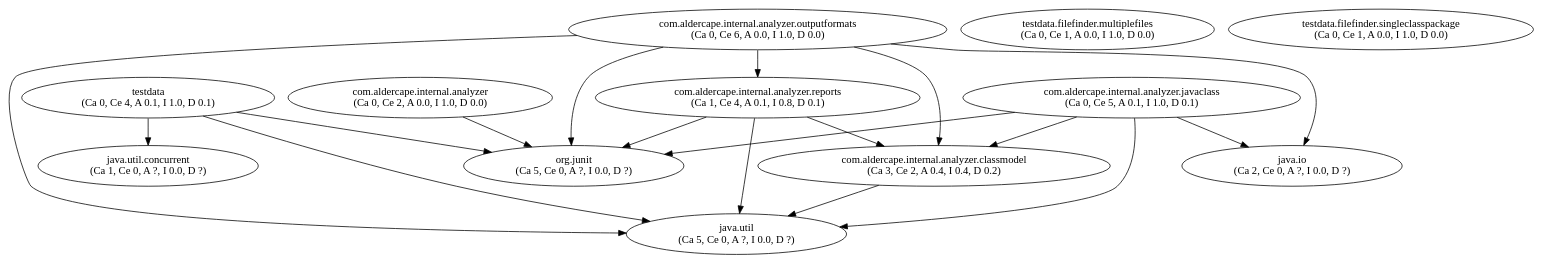
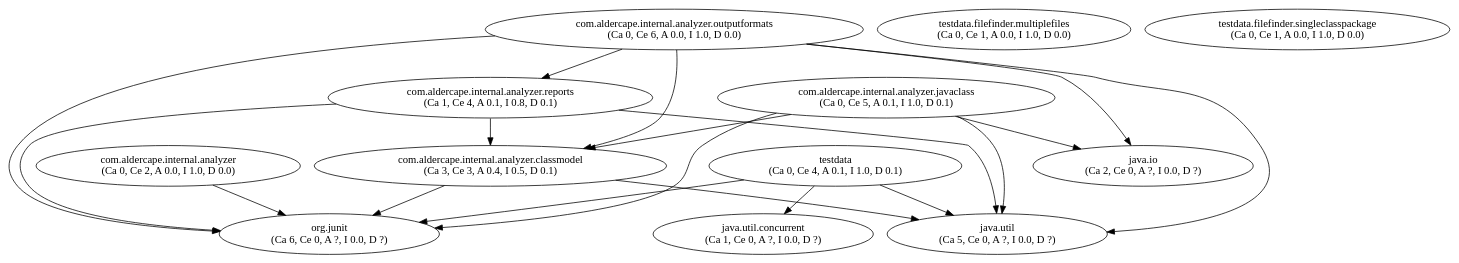
One commit to AlderCape/Analyzer changed the diagram in project.dot. Above: the diagram before and after it, drawn with Graphviz. The commit also changed 4 other files, not shown here.

```diff
--- a/project.dot
+++ b/project.dot
@@ -1,31 +1,32 @@
 digraph G {
 "com.aldercape.internal.analyzer" [label="com.aldercape.internal.analyzer\n(Ca 0, Ce 2, A 0.0, I 1.0, D 0.0)"];
-"com.aldercape.internal.analyzer.classmodel" [label="com.aldercape.internal.analyzer.classmodel\n(Ca 3, Ce 2, A 0.4, I 0.4, D 0.2)"];
+"com.aldercape.internal.analyzer.classmodel" [label="com.aldercape.internal.analyzer.classmodel\n(Ca 3, Ce 3, A 0.4, I 0.5, D 0.1)"];
 "com.aldercape.internal.analyzer.javaclass" [label="com.aldercape.internal.analyzer.javaclass\n(Ca 0, Ce 5, A 0.1, I 1.0, D 0.1)"];
 "com.aldercape.internal.analyzer.outputformats" [label="com.aldercape.internal.analyzer.outputformats\n(Ca 0, Ce 6, A 0.0, I 1.0, D 0.0)"];
 "com.aldercape.internal.analyzer.reports" [label="com.aldercape.internal.analyzer.reports\n(Ca 1, Ce 4, A 0.1, I 0.8, D 0.1)"];
 "java.io" [label="java.io\n(Ca 2, Ce 0, A ?, I 0.0, D ?)"];
 "java.util" [label="java.util\n(Ca 5, Ce 0, A ?, I 0.0, D ?)"];
 "java.util.concurrent" [label="java.util.concurrent\n(Ca 1, Ce 0, A ?, I 0.0, D ?)"];
-"org.junit" [label="org.junit\n(Ca 5, Ce 0, A ?, I 0.0, D ?)"];
+"org.junit" [label="org.junit\n(Ca 6, Ce 0, A ?, I 0.0, D ?)"];
 "testdata" [label="testdata\n(Ca 0, Ce 4, A 0.1, I 1.0, D 0.1)"];
 "testdata.filefinder.multiplefiles" [label="testdata.filefinder.multiplefiles\n(Ca 0, Ce 1, A 0.0, I 1.0, D 0.0)"];
 "testdata.filefinder.singleclasspackage" [label="testdata.filefinder.singleclasspackage\n(Ca 0, Ce 1, A 0.0, I 1.0, D 0.0)"];
 "com.aldercape.internal.analyzer" -> "org.junit";
 "com.aldercape.internal.analyzer.classmodel" -> "java.util";
+"com.aldercape.internal.analyzer.classmodel" -> "org.junit";
 "com.aldercape.internal.analyzer.javaclass" -> "com.aldercape.internal.analyzer.classmodel";
 "com.aldercape.internal.analyzer.javaclass" -> "java.io";
 "com.aldercape.internal.analyzer.javaclass" -> "java.util";
 "com.aldercape.internal.analyzer.javaclass" -> "org.junit";
 "com.aldercape.internal.analyzer.outputformats" -> "com.aldercape.internal.analyzer.classmodel";
 "com.aldercape.internal.analyzer.outputformats" -> "com.aldercape.internal.analyzer.reports";
 "com.aldercape.internal.analyzer.outputformats" -> "java.io";
 "com.aldercape.internal.analyzer.outputformats" -> "java.util";
 "com.aldercape.internal.analyzer.outputformats" -> "org.junit";
 "com.aldercape.internal.analyzer.reports" -> "com.aldercape.internal.analyzer.classmodel";
 "com.aldercape.internal.analyzer.reports" -> "java.util";
 "com.aldercape.internal.analyzer.reports" -> "org.junit";
 "testdata" -> "java.util";
 "testdata" -> "java.util.concurrent";
 "testdata" -> "org.junit";
 }
```
